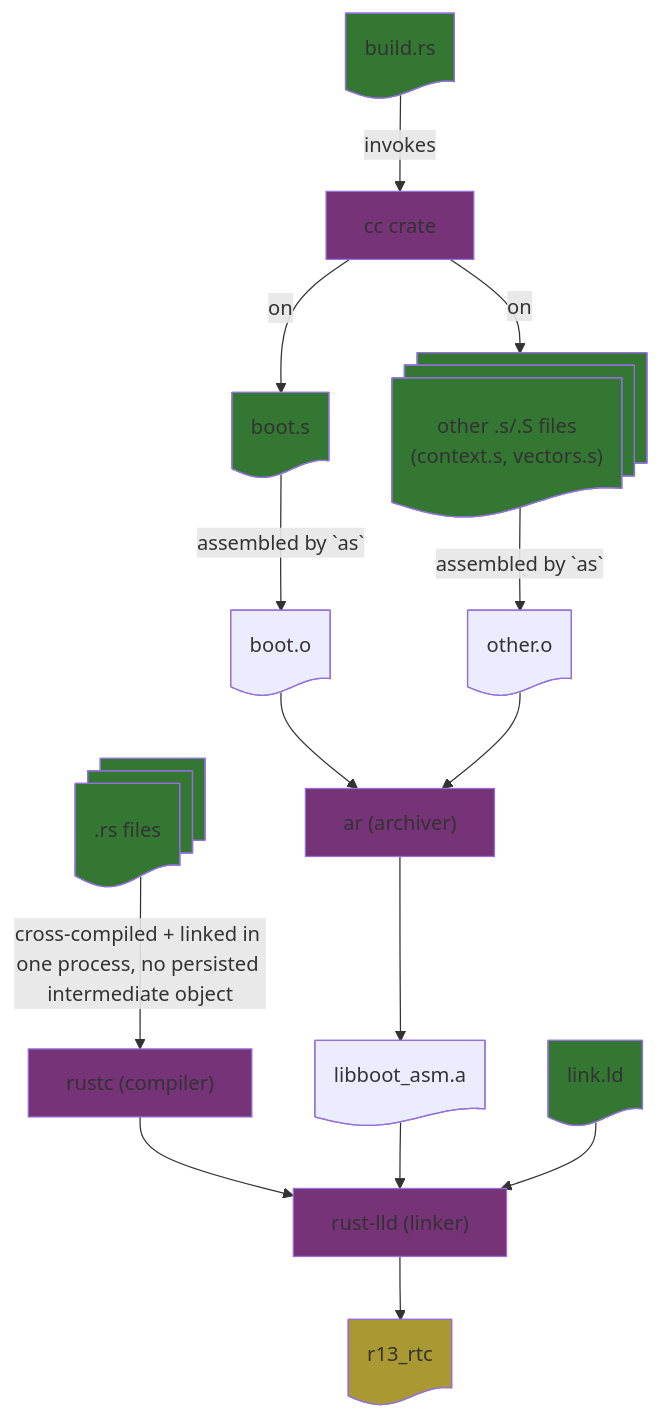
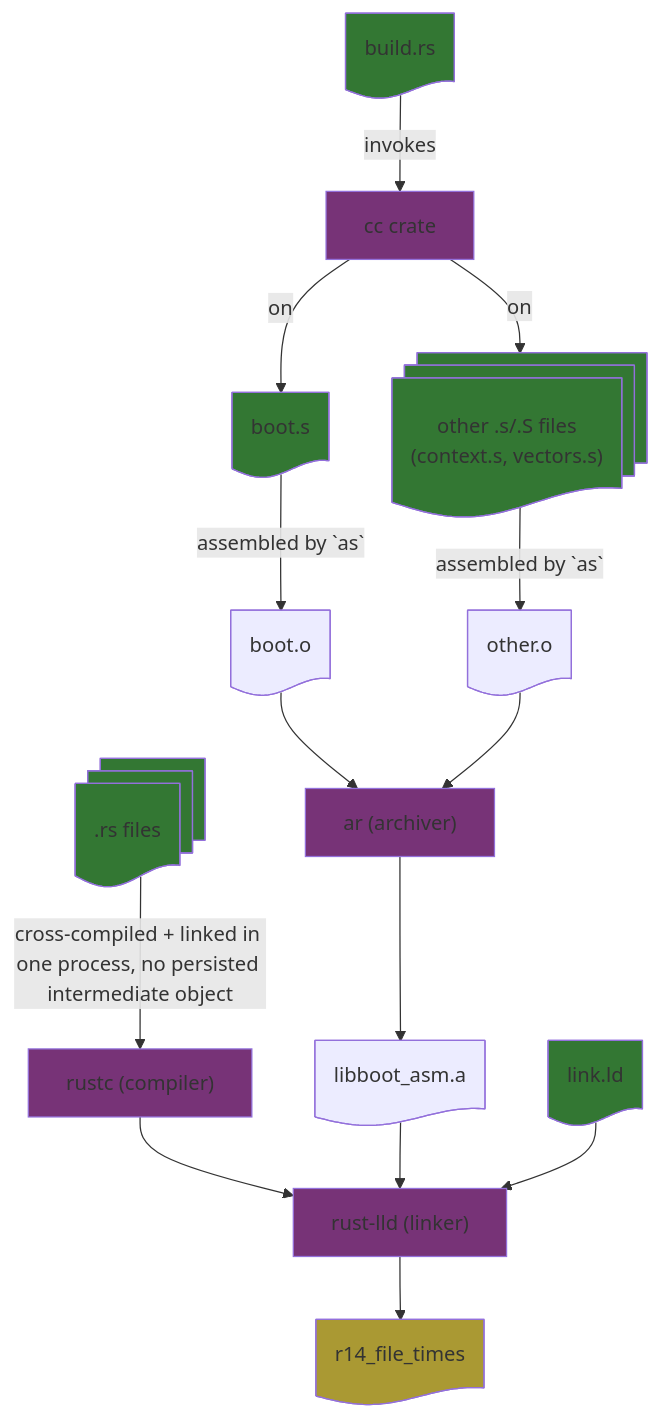
Before and after one commit to yinchi/qemu_lab: the diagram in rust/docs/build_sequence.md, drawn with Mermaid. The commit also changed other lines of this file and 133 other files, not shown here.

````diff
--- a/rust/docs/build_sequence.md
+++ b/rust/docs/build_sequence.md
@@ -3,45 +3,45 @@
 ```mermaid
 graph TD;
     cc@{shape: proc, label: "cc crate"}
     ar@{shape: proc, label: "ar (archiver)"}
     rust-lld@{shape: proc, label: "rust-lld (linker)"}
     rustc@{shape: proc, label: "rustc (compiler)"}
 
     style cc fill:#737
     style ar fill:#737
     style rust-lld fill:#737
     style rustc fill:#737
 
     build.rs@{shape: doc}
     style build.rs fill:#373
 
     boot.s@{shape: doc}
     other.S@{shape: docs, label: "other .s/.S files<br/>(context.s, vectors.s)"}
     style boot.s fill:#373
     style other.S fill:#373
 
     boot.o@{shape: doc}
     other.o@{shape: doc}
     libboot_asm.a@{shape: doc}
     main.rs@{shape: docs, label: ".rs files"}
     style main.rs fill:#373
     link.ld@{shape: doc}
     style link.ld fill:#373
-    r13_rtc@{shape: doc}
-    style r13_rtc fill:#a93
+    r14_file_times@{shape: doc}
+    style r14_file_times fill:#a93
 
     build.rs -- "invokes" --> cc -- "on" --> boot.s
     cc -- "on" --> other.S
 
     boot.s -- assembled by `as` --> boot.o
     other.S -- assembled by `as` --> other.o
 
     boot.o --> ar
     other.o --> ar --> libboot_asm.a
 
     main.rs -- "cross-compiled + linked in one process, no persisted intermediate object" --> rustc --> rust-lld
     libboot_asm.a --> rust-lld
     link.ld --> rust-lld
 
-    rust-lld --> r13_rtc
+    rust-lld --> r14_file_times
 ```
````
